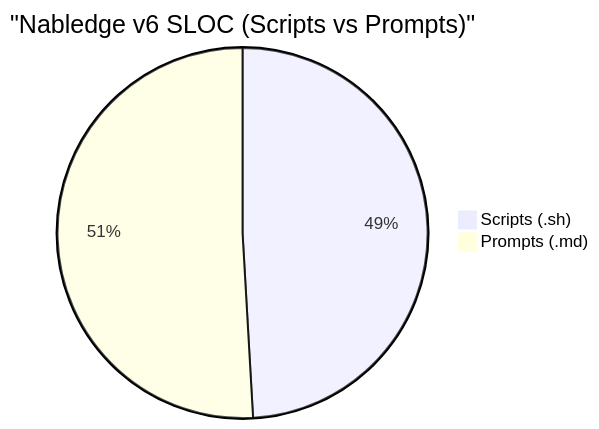
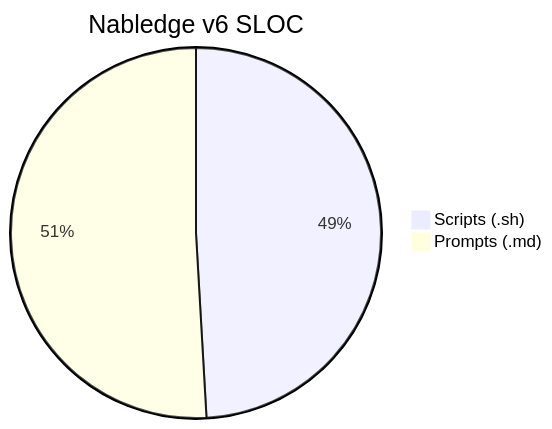
The ninth of 14 diagrams in docs/metrics.md (nablarch/nabledge-dev), drawn with Mermaid before and after one commit. The commit also changed other lines of this file, not shown here.

````diff
--- a/docs/metrics.md
+++ b/docs/metrics.md
@@ -106,5 +117,5 @@
 ```mermaid
-pie title "Nabledge v6 SLOC (Scripts vs Prompts)"
+pie title Nabledge v6 SLOC
   "Scripts (.sh)" : 948
   "Prompts (.md)" : 983
 ```
````
